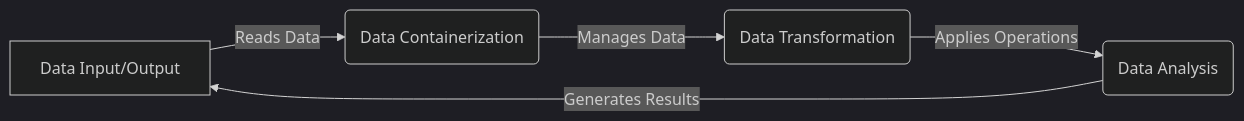
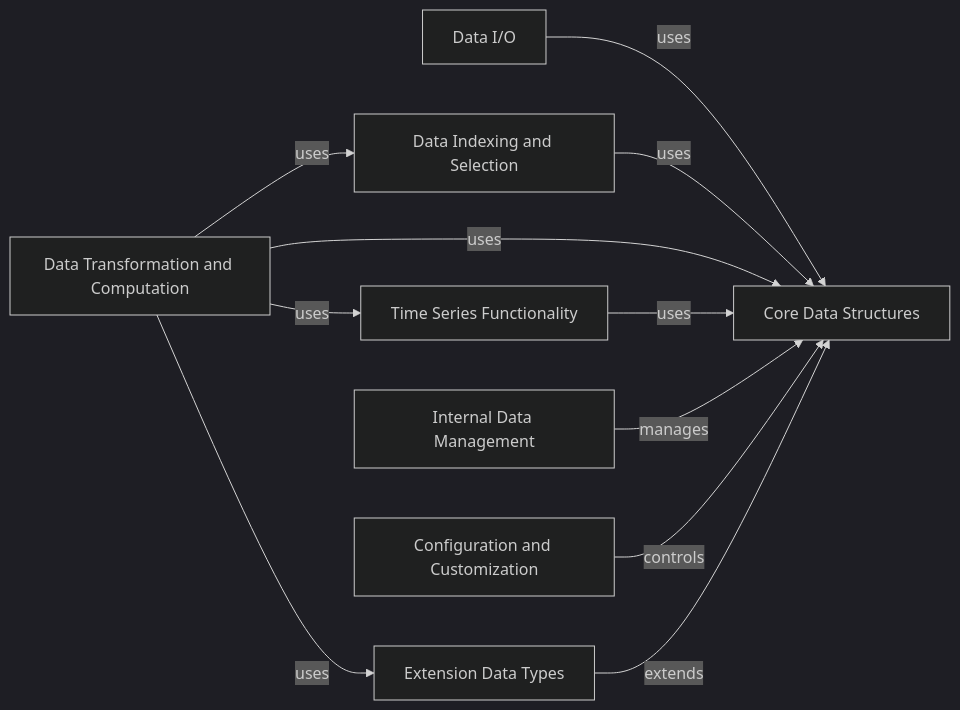
One commit to CodeBoarding/GeneratedOnBoardings changed the diagram in pandas/on_boarding.md. Above: the diagram before and after it, drawn with Mermaid (dark theme). The commit also changed other lines of this file and 12 other files, not shown here.

````diff
--- a/pandas/on_boarding.md
+++ b/pandas/on_boarding.md
@@ -5,13 +1,29 @@
 ```mermaid
 graph LR
-    A[Data Input/Output] -- Reads Data --> B(Data Containerization)
-    B -- Manages Data --> C(Data Transformation)
-    C -- Applies Operations --> D(Data Analysis)
-    D -- Generates Results --> A
-
-click A href "https://github.com/CodeBoarding/GeneratedOnBoardings/blob/main/pandas//Data%20Input-Output.md"
-click B href "https://github.com/CodeBoarding/GeneratedOnBoardings/blob/main/pandas//Data%20Containerization.md"
-click C href "https://github.com/CodeBoarding/GeneratedOnBoardings/blob/main/pandas//Data%20Transformation.md"
-click D href "https://github.com/CodeBoarding/GeneratedOnBoardings/blob/main/pandas//Data%20Analysis.md"
-
+    Core_Data_Structures["Core Data Structures"]
+    Data_I_O["Data I/O"]
+    Data_Indexing_and_Selection["Data Indexing and Selection"]
+    Data_Transformation_and_Computation["Data Transformation and Computation"]
+    Time_Series_Functionality["Time Series Functionality"]
+    Internal_Data_Management["Internal Data Management"]
+    Configuration_and_Customization["Configuration and Customization"]
+    Extension_Data_Types["Extension Data Types"]
+    Data_I_O -- "uses" --> Core_Data_Structures
+    Data_Indexing_and_Selection -- "uses" --> Core_Data_Structures
+    Data_Transformation_and_Computation -- "uses" --> Core_Data_Structures
+    Time_Series_Functionality -- "uses" --> Core_Data_Structures
+    Internal_Data_Management -- "manages" --> Core_Data_Structures
+    Configuration_and_Customization -- "controls" --> Core_Data_Structures
+    Extension_Data_Types -- "extends" --> Core_Data_Structures
+    Data_Transformation_and_Computation -- "uses" --> Data_Indexing_and_Selection
+    Data_Transformation_and_Computation -- "uses" --> Time_Series_Functionality
+    Data_Transformation_and_Computation -- "uses" --> Extension_Data_Types
+    click Core_Data_Structures href "https://github.com/CodeBoarding/GeneratedOnBoardings/blob/main/pandas/Core Data Structures.md" "Details"
+    click Data_I_O href "https://github.com/CodeBoarding/GeneratedOnBoardings/blob/main/pandas/Data I/O.md" "Details"
+    click Data_Indexing_and_Selection href "https://github.com/CodeBoarding/GeneratedOnBoardings/blob/main/pandas/Data Indexing and Selection.md" "Details"
+    click Data_Transformation_and_Computation href "https://github.com/CodeBoarding/GeneratedOnBoardings/blob/main/pandas/Data Transformation and Computation.md" "Details"
+    click Time_Series_Functionality href "https://github.com/CodeBoarding/GeneratedOnBoardings/blob/main/pandas/Time Series Functionality.md" "Details"
+    click Internal_Data_Management href "https://github.com/CodeBoarding/GeneratedOnBoardings/blob/main/pandas/Internal Data Management.md" "Details"
+    click Configuration_and_Customization href "https://github.com/CodeBoarding/GeneratedOnBoardings/blob/main/pandas/Configuration and Customization.md" "Details"
+    click Extension_Data_Types href "https://github.com/CodeBoarding/GeneratedOnBoardings/blob/main/pandas/Extension Data Types.md" "Details"
 ```
````
